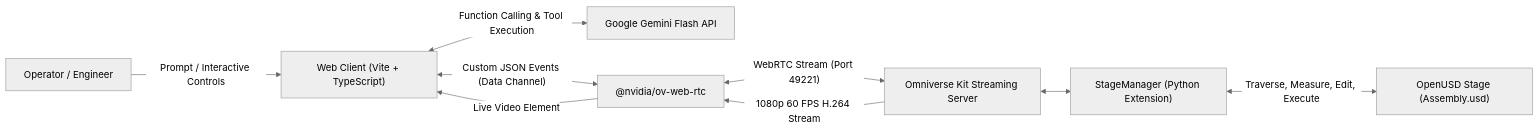
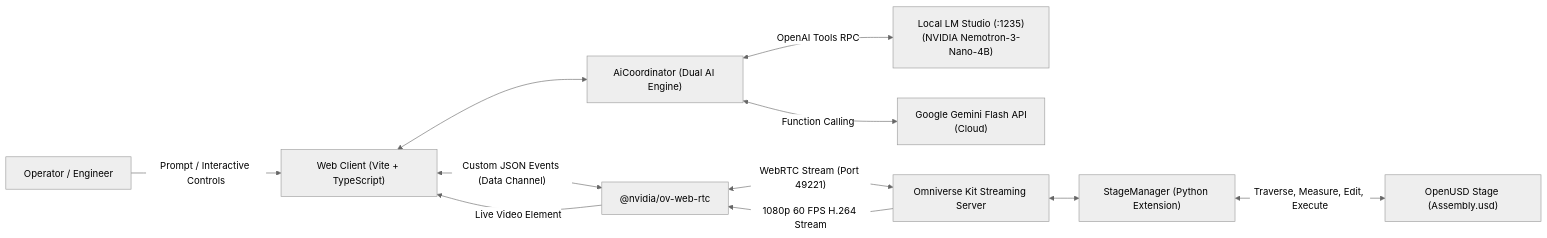
One commit to Goku3060/Mechnical_Ai_ChatBot changed the diagram in README.md. Above: the diagram before and after it, drawn with Mermaid (neutral theme). The commit also changed other lines of this file and 1 other file, not shown here.

Commit message:
docs: synchronize README and ARCHITECTURE with Dual AI Engine and LM Studio integration

````diff
--- a/README.md
+++ b/README.md
@@ -34,19 +35,23 @@
 ```mermaid
 flowchart LR
     User["Operator / Engineer"]
     WebClient["Web Client (Vite + TypeScript)"]
-    Gemini["Google Gemini Flash API"]
+    AiCoord["AiCoordinator (Dual AI Engine)"]
+    LocalLLM["Local LM Studio (:1235)\n(NVIDIA Nemotron-3-Nano-4B)"]
+    Gemini["Google Gemini Flash API\n(Cloud)"]
     WebRTC["@nvidia/ov-web-rtc"]
     Kit["Omniverse Kit Streaming Server"]
     StageManager["StageManager (Python Extension)"]
     USD["OpenUSD Stage (Assembly.usd)"]
 
     User -->|"Prompt / Interactive Controls"| WebClient
-    WebClient <-->|"Function Calling & Tool Execution"| Gemini
+    WebClient <--> AiCoord
+    AiCoord <-->|"OpenAI Tools RPC"| LocalLLM
+    AiCoord <-->|"Function Calling"| Gemini
     WebClient <-->|"Custom JSON Events (Data Channel)"| WebRTC
     WebRTC <-->|"WebRTC Stream (Port 49221)"| Kit
     Kit <--> StageManager
     StageManager <-->|"Traverse, Measure, Edit, Execute"| USD
     Kit -->|"1080p 60 FPS H.264 Stream"| WebRTC
     WebRTC -->|"Live Video Element"| WebClient
 ```
````
